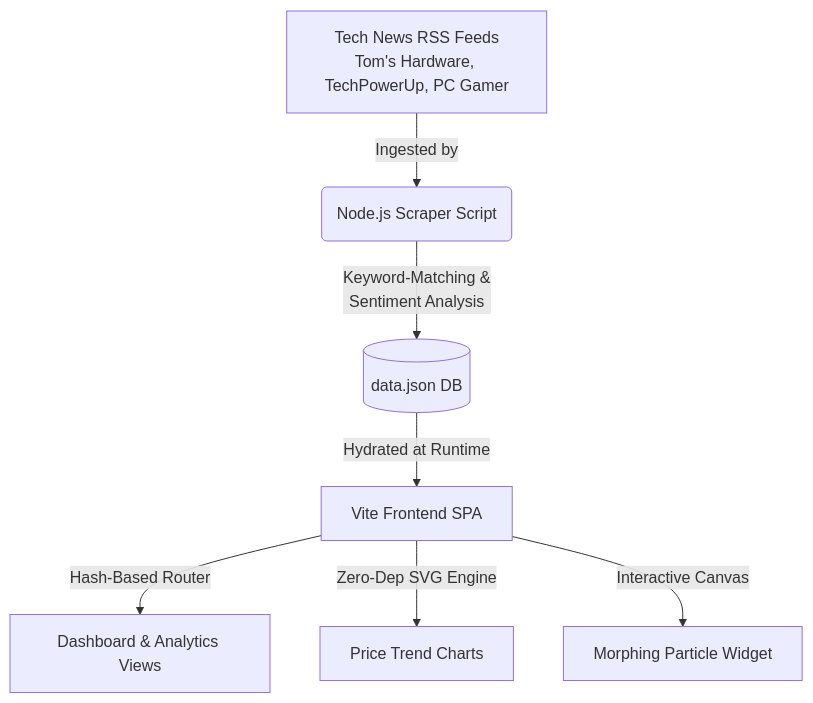
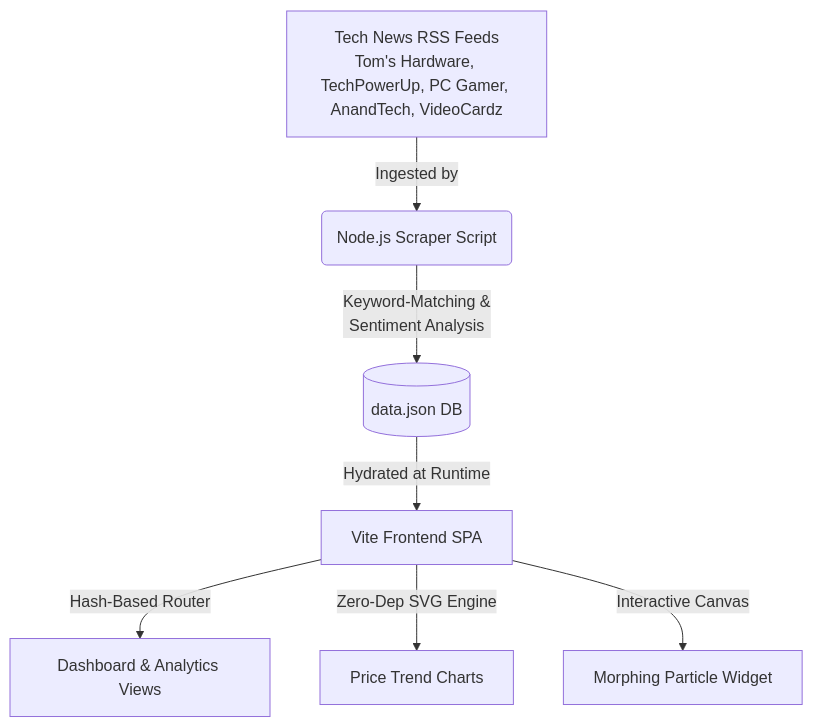
One commit to Lumina-Frameworks/PriceOracle changed the diagram in README.md. Above: the diagram before and after it, drawn with Mermaid. The commit also changed other lines of this file and 7 other files, not shown here.

````diff
--- a/README.md
+++ b/README.md
@@ -38,9 +38,9 @@
 ```mermaid
 graph TD
-    A[Tech News RSS Feeds<br/>Tom's Hardware, TechPowerUp, PC Gamer] -->|Ingested by| B(Node.js Scraper Script)
+    A[Tech News RSS Feeds<br/>Tom's Hardware, TechPowerUp, PC Gamer, AnandTech, VideoCardz] -->|Ingested by| B(Node.js Scraper Script)
     B -->|Keyword-Matching &<br/>Sentiment Analysis| C[(data.json DB)]
     C -->|Hydrated at Runtime| D[Vite Frontend SPA]
     D -->|Hash-Based Router| E[Dashboard & Analytics Views]
     D -->|Zero-Dep SVG Engine| F[Price Trend Charts]
     D -->|Interactive Canvas| G[Morphing Particle Widget]
 ```
````
